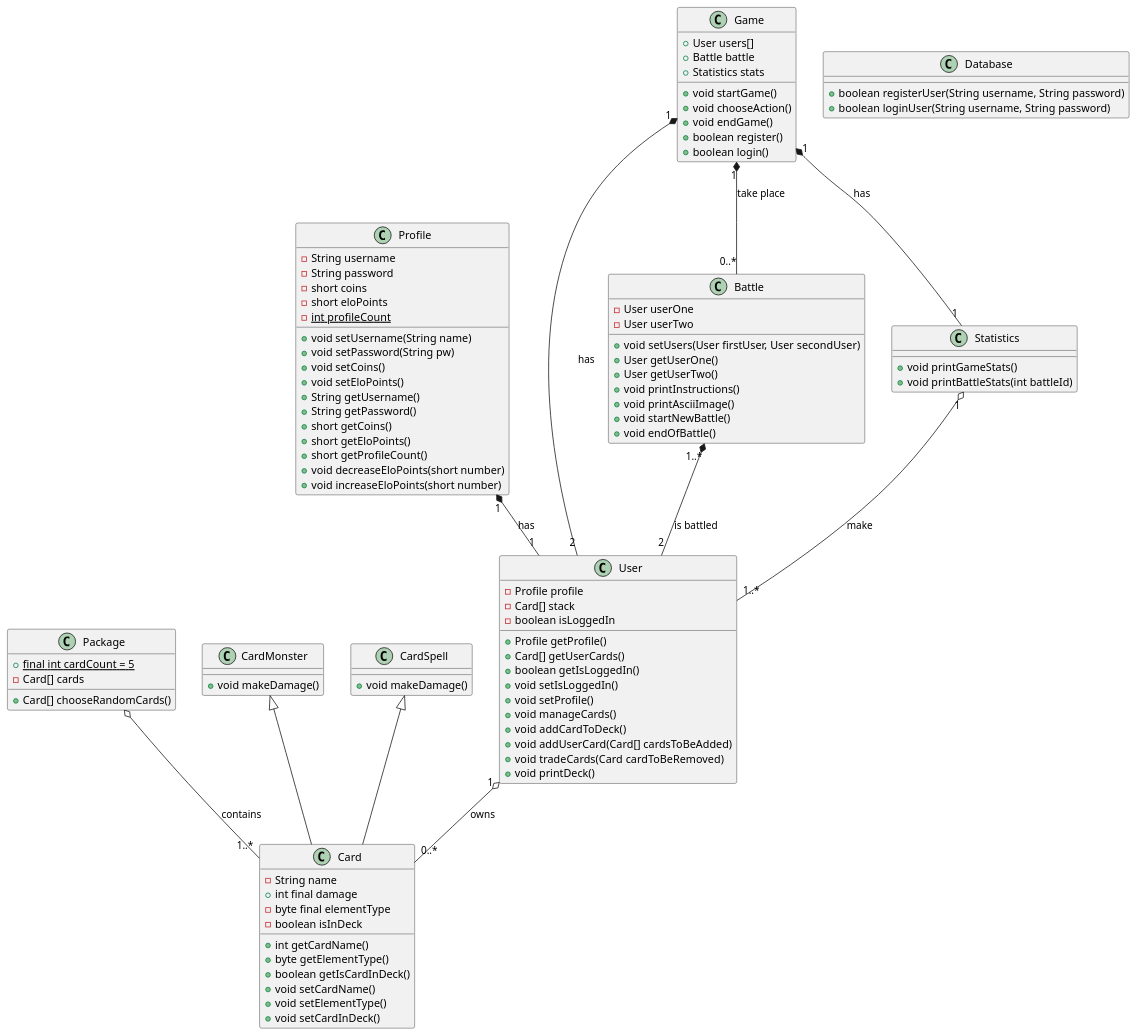
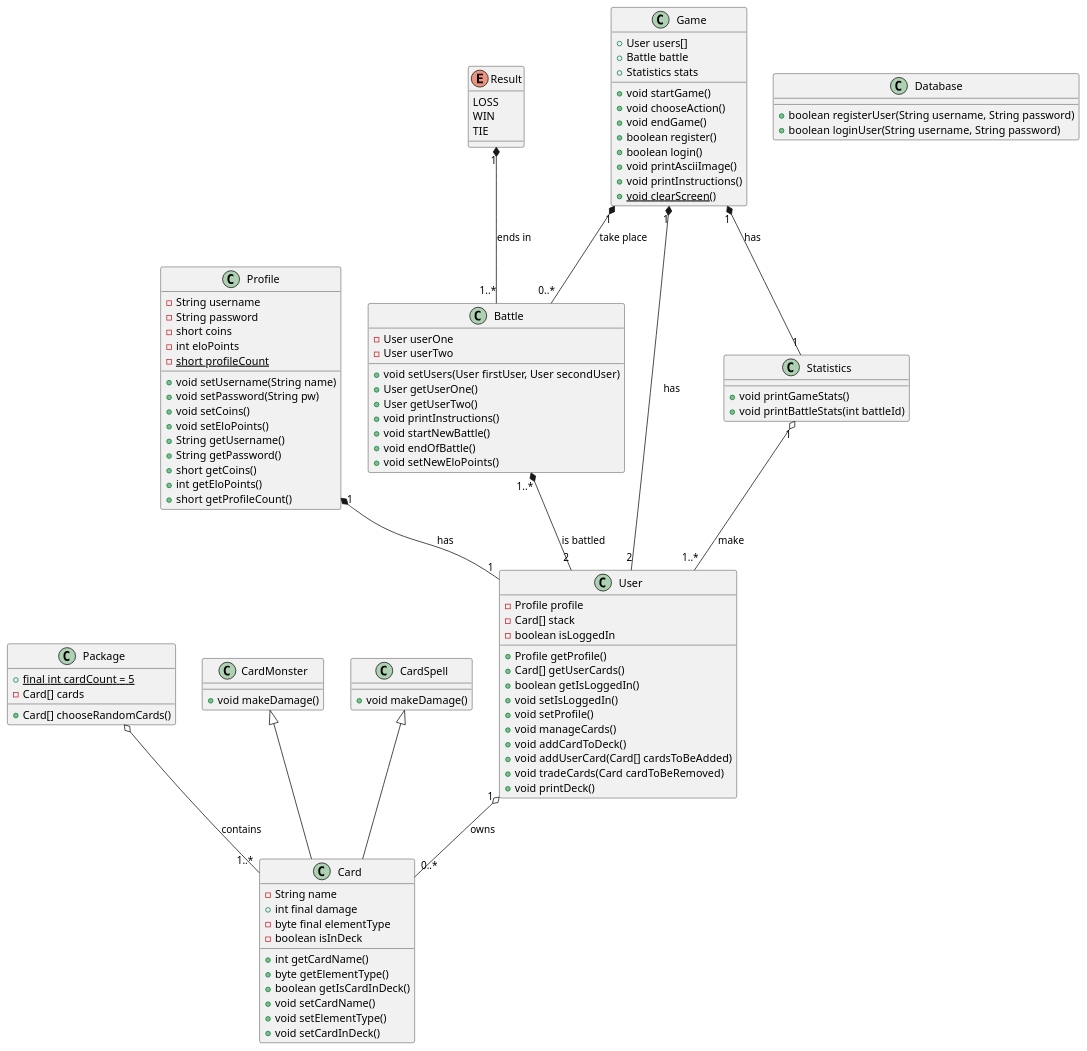
One commit to VladanPetkovic/SE_Semesterprojekt changed the diagram in src/main/java/projekt.puml. Above: the diagram before and after it, drawn with PlantUML. The commit also changed 12 other files, not shown here.

```diff
--- a/src/main/java/projekt.puml
+++ b/src/main/java/projekt.puml
@@ -1,108 +1,116 @@
 @startuml
 class User
 {
     -Profile profile
     -Card[] stack
     -boolean isLoggedIn
     +Profile getProfile()
     +Card[] getUserCards()
     +boolean getIsLoggedIn()
     +void setIsLoggedIn()
     +void setProfile()
     +void manageCards()
     +void addCardToDeck()
     +void addUserCard(Card[] cardsToBeAdded)
     +void tradeCards(Card cardToBeRemoved)
     +void printDeck()
 }
 class Profile
 {
     -String username
     -String password
     -short coins
-    -short eloPoints
-    -{static} int profileCount
+    -int eloPoints
+    -{static} short profileCount
     +void setUsername(String name)
     +void setPassword(String pw)
     +void setCoins()
     +void setEloPoints()
     +String getUsername()
     +String getPassword()
     +short getCoins()
-    +short getEloPoints()
+    +int getEloPoints()
     +short getProfileCount()
-    +void decreaseEloPoints(short number)
-    +void increaseEloPoints(short number)
+}
+enum Result
+{
+    LOSS
+    WIN
+    TIE
 }
 class Package
 {
     +{static} final int cardCount = 5
     -Card[] cards
     +Card[] chooseRandomCards()
 }
 class Card
 {
     -String name
     +int final damage
     -byte final elementType
     -boolean isInDeck
     +int getCardName()
     +byte getElementType()
     +boolean getIsCardInDeck()
     +void setCardName()
     +void setElementType()
     +void setCardInDeck()
 }
 class CardMonster
 {
     +void makeDamage()
 }
 class CardSpell
 {
     +void makeDamage()
 }
 class Battle
 {
     -User userOne
     -User userTwo
     +void setUsers(User firstUser, User secondUser)
     +User getUserOne()
     +User getUserTwo()
     +void printInstructions()
-    +void printAsciiImage()
     +void startNewBattle()
     +void endOfBattle()
+    +void setNewEloPoints()
 }
 class Game
 {
     +User users[]
     +Battle battle
     +Statistics stats
     +void startGame()
     +void chooseAction()
     +void endGame()
     +boolean register()
     +boolean login()
+    +void printAsciiImage()
+    +void printInstructions()
+    +{static} void clearScreen()
 }
 class Statistics
 {
     +void printGameStats()
     +void printBattleStats(int battleId)
 }
 class Database
 {
     +boolean registerUser(String username, String password)
     +boolean loginUser(String username, String password)
 }
 
 CardMonster <|-- Card
 CardSpell <|-- Card
 User "1" o-- "0..*" Card : "owns"
 Game "1" *-- "0..*" Battle : "take place"
 Game "1" *-- "1" Statistics : "has"
 Game "1" *-- "2" User : "has"
 Package o-- "1..*" Card : "contains"
 Battle "1..*" *-- "2" User : "is battled"
+Result "1" *-- "1..*" Battle : "ends in"
 Statistics "1" o-- "1..*" User : "make"
-Profile "1" *-- "1" User : has
+Profile "1" *-- "1" User : "has"
 @enduml
```
